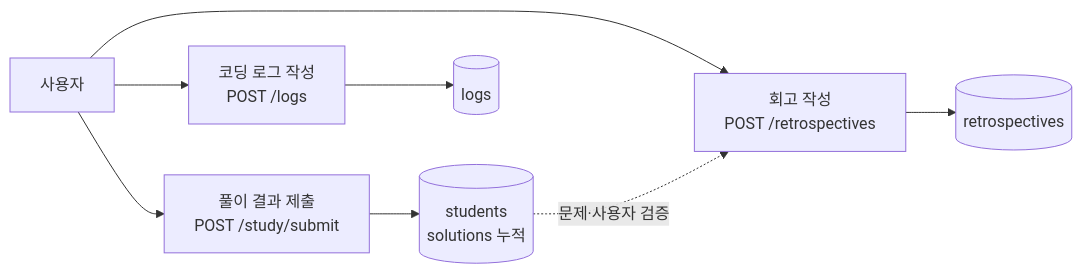
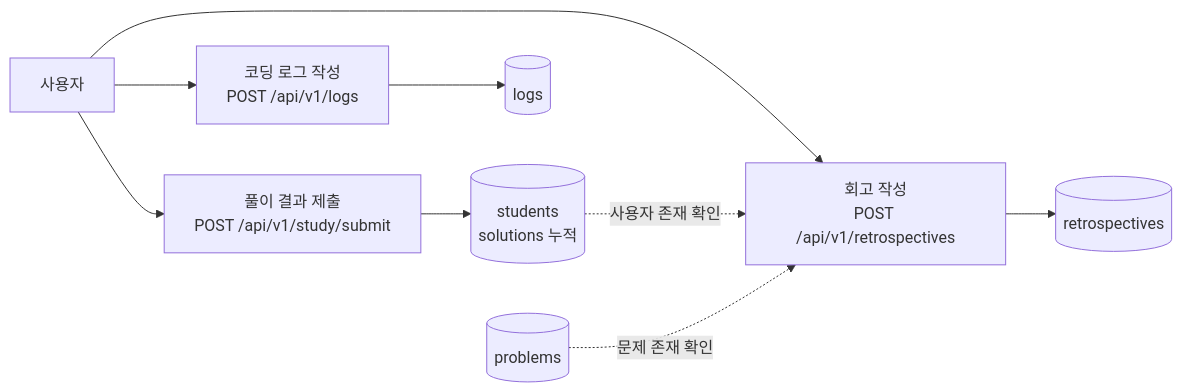
The fourth of 5 diagrams in README.md (didim-log/didim-log-BE), drawn with Mermaid before and after one commit. The commit also changed other lines of this file and 7 other files, not shown here.

````diff
--- a/README.md
+++ b/README.md
@@ -130,15 +153,17 @@
 ```mermaid
 flowchart LR
     USER["사용자"]
-    STUDY["풀이 결과 제출<br/>POST /study/submit"]
+    STUDY["풀이 결과 제출<br/>POST /api/v1/study/submit"]
     STUDENT[("students<br/>solutions 누적")]
-    LOG_API["코딩 로그 작성<br/>POST /logs"]
+    LOG_API["코딩 로그 작성<br/>POST /api/v1/logs"]
     LOGS[("logs")]
-    RETRO_API["회고 작성<br/>POST /retrospectives"]
+    RETRO_API["회고 작성<br/>POST /api/v1/retrospectives"]
     RETROS[("retrospectives")]
+    PROBLEMS[("problems")]
 
     USER --> STUDY --> STUDENT
     USER --> LOG_API --> LOGS
     USER --> RETRO_API --> RETROS
-    STUDENT -. 문제·사용자 검증 .-> RETRO_API
+    STUDENT -. 사용자 존재 확인 .-> RETRO_API
+    PROBLEMS -. 문제 존재 확인 .-> RETRO_API
 ```
````
